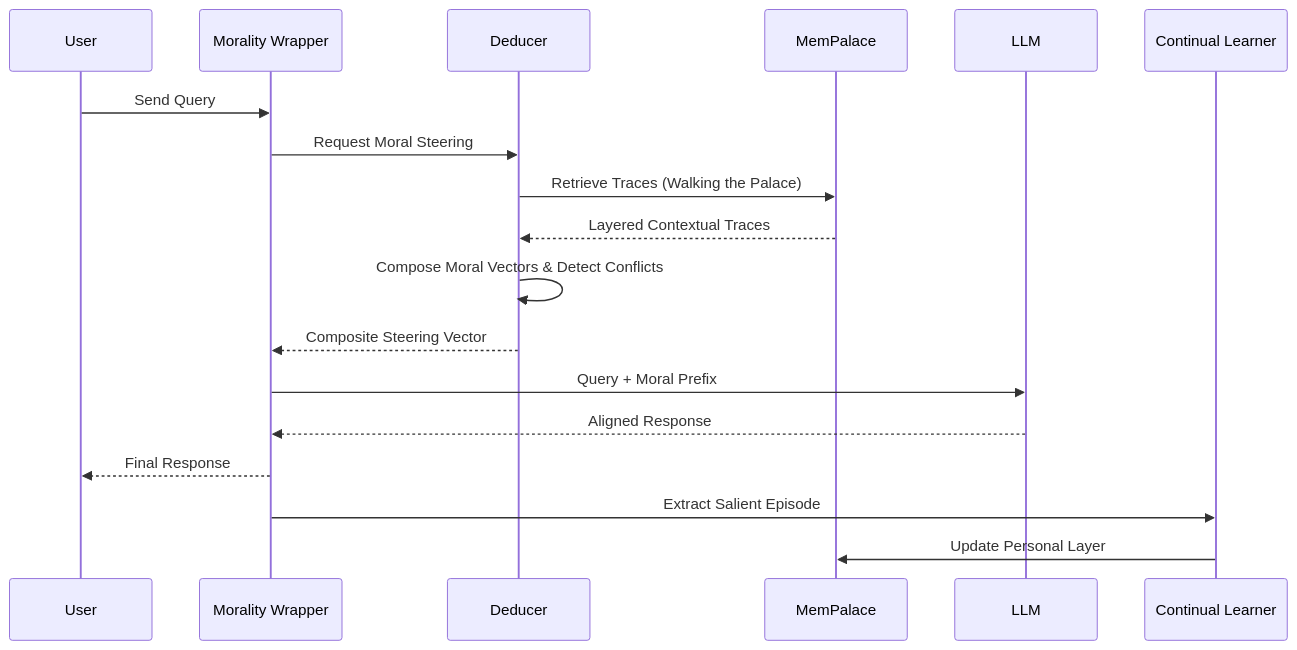
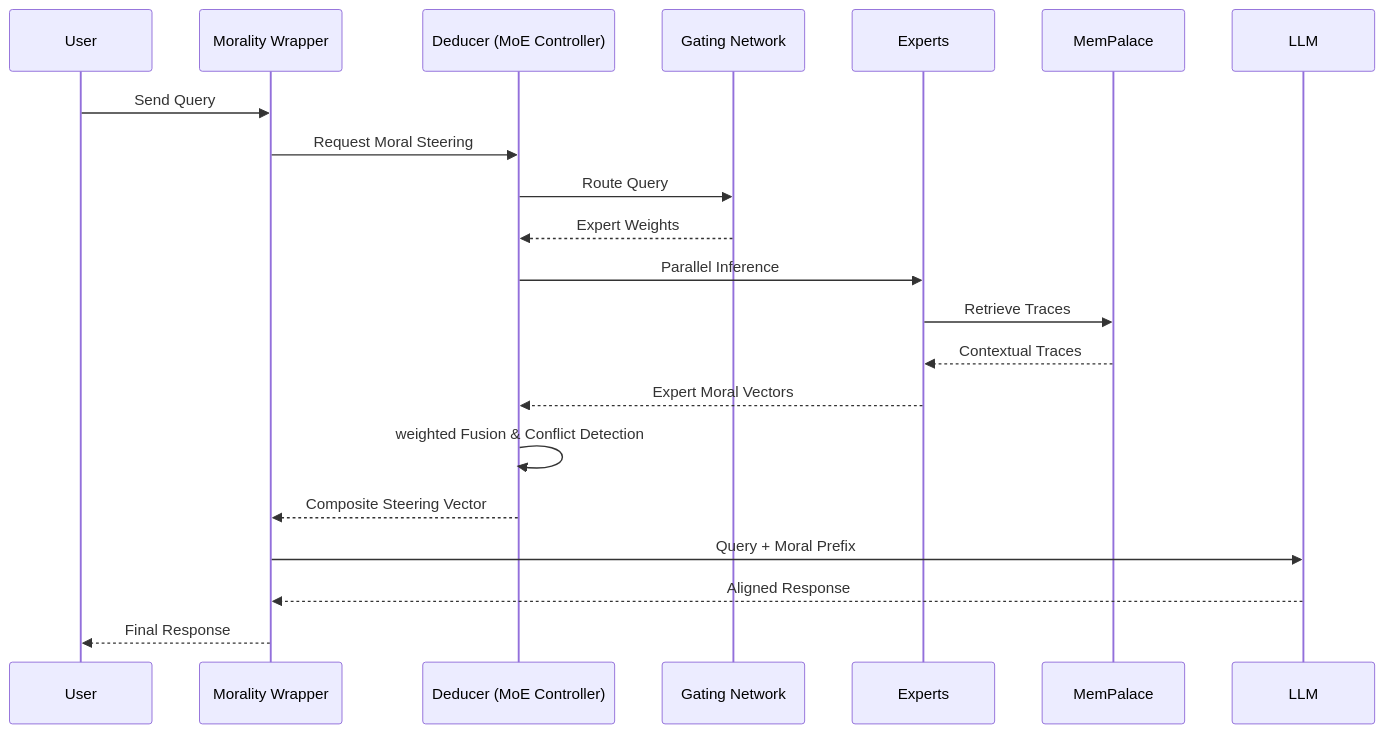
One commit to Neutron-Binary-LLC/OpenDike changed the second of 2 diagrams in README.md. Above: the diagram before and after it, drawn with Mermaid. The commit also changed other lines of this file and 2 other files, not shown here.

Commit message:
Add foundational implementation of the Layered Morality Deducer. Includes modular architecture for morality vectors, hierarchical memory, and system integration. Added initial training stubs, Docker support, and an example usage prototype.

````diff
--- a/README.md
+++ b/README.md
@@ -33,21 +41,24 @@
 ```mermaid
 sequenceDiagram
     participant U as User
     participant W as Morality Wrapper
-    participant D as Deducer
+    participant D as Deducer (MoE Controller)
+    participant G as Gating Network
+    participant E as Experts
     participant M as MemPalace
     participant L as LLM
-    participant C as Continual Learner
 
     U->>W: Send Query
     W->>D: Request Moral Steering
-    D->>M: Retrieve Traces (Walking the Palace)
-    M-->>D: Layered Contextual Traces
-    D->>D: Compose Moral Vectors & Detect Conflicts
+    D->>G: Route Query
+    G-->>D: Expert Weights
+    D->>E: Parallel Inference
+    E->>M: Retrieve Traces
+    M-->>E: Contextual Traces
+    E-->>D: Expert Moral Vectors
+    D->>D: weighted Fusion & Conflict Detection
     D-->>W: Composite Steering Vector
     W->>L: Query + Moral Prefix
     L-->>W: Aligned Response
     W-->>U: Final Response
-    W->>C: Extract Salient Episode
-    C->>M: Update Personal Layer
 ```
````
